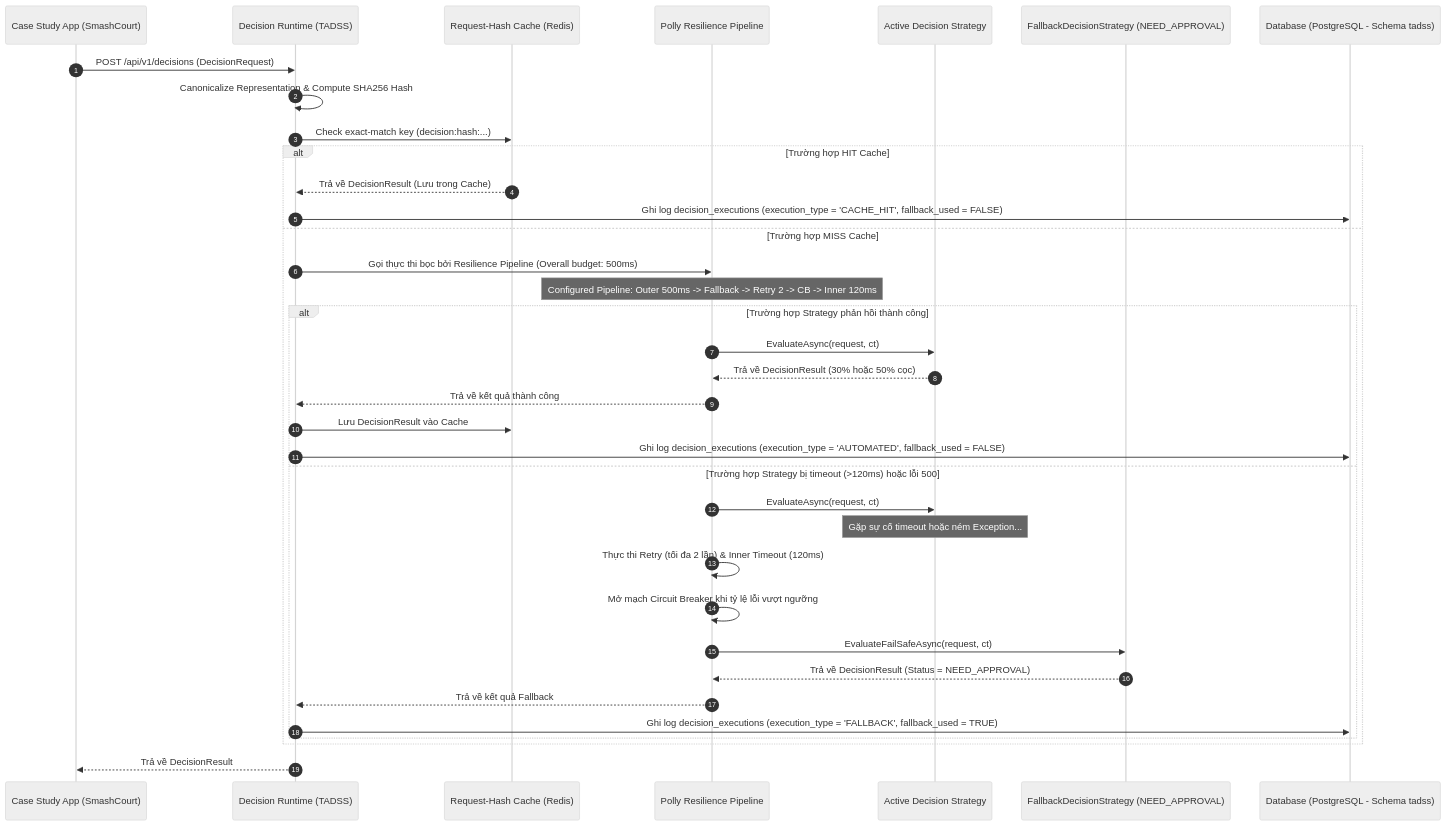
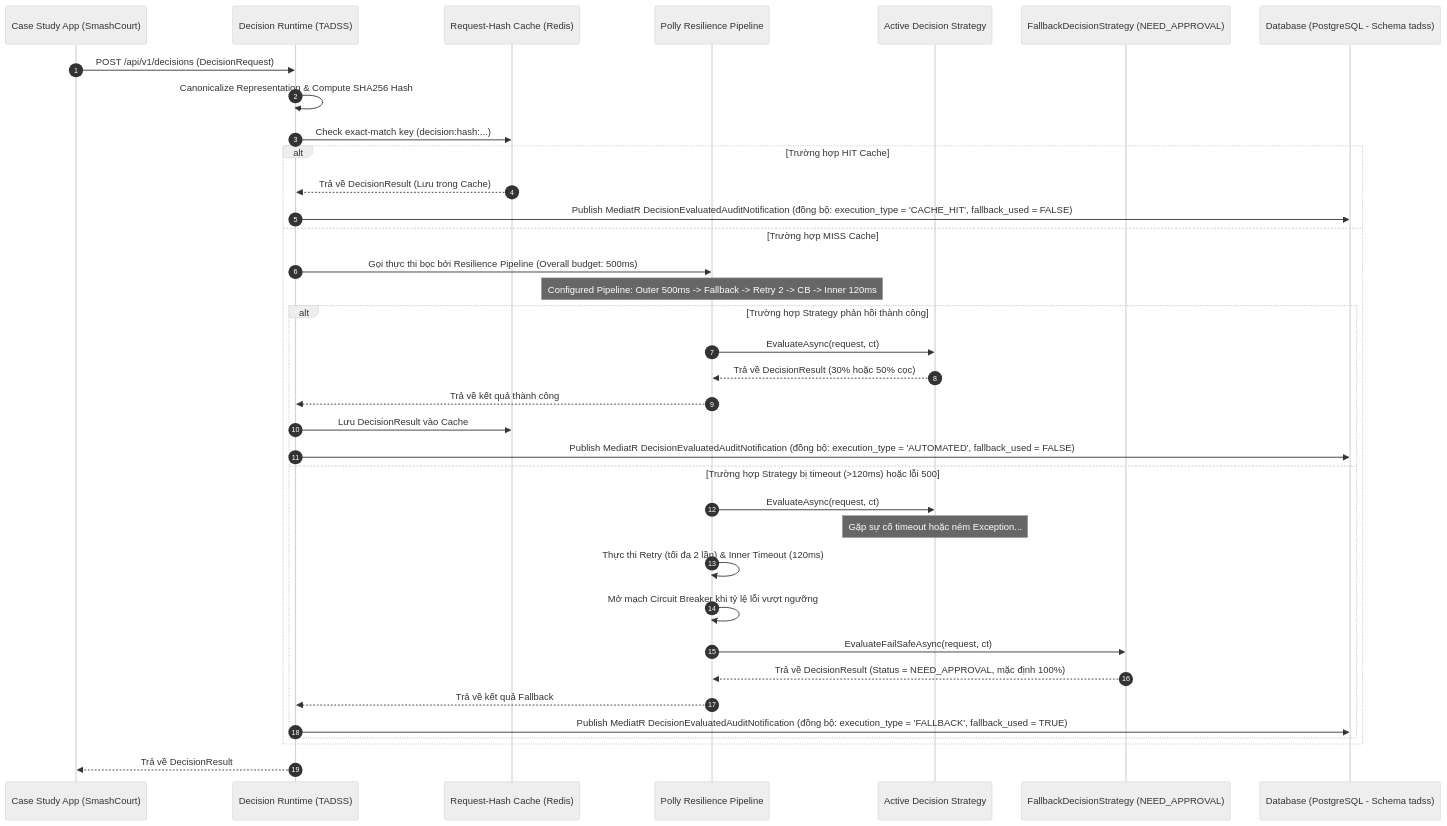
The diagram in docs/architecture/SOFTWARE_ARCHITECTURE_SPECIFICATION.md (NguyenThanhTrung-N2T/TrustworthyAdaptiveDecisionSupportSystem-TADSS), drawn with Mermaid (neutral theme) before and after one commit. The commit also changed other lines of this file and 31 other files, not shown here.

````diff
--- a/docs/architecture/SOFTWARE_ARCHITECTURE_SPECIFICATION.md
+++ b/docs/architecture/SOFTWARE_ARCHITECTURE_SPECIFICATION.md
@@ -236,42 +237,42 @@
 ```mermaid
 sequenceDiagram
     autonumber
     participant App as Case Study App (SmashCourt)
     participant TADSS as Decision Runtime (TADSS)
     participant Cache as Request-Hash Cache (Redis)
     participant PollyPipeline as Polly Resilience Pipeline
     participant TADS as Active Decision Strategy
     participant FallbackStr as FallbackDecisionStrategy (NEED_APPROVAL)
     participant DB as Database (PostgreSQL - Schema tadss)
 
     App->>TADSS: POST /api/v1/decisions (DecisionRequest)
     TADSS->>TADSS: Canonicalize Representation & Compute SHA256 Hash
     TADSS->>Cache: Check exact-match key (decision:hash:...)
     
     alt Trường hợp HIT Cache
         Cache-->>TADSS: Trả về DecisionResult (Lưu trong Cache)
-        TADSS->>DB: Ghi log decision_executions (execution_type = 'CACHE_HIT', fallback_used = FALSE)
+        TADSS->>DB: Publish MediatR DecisionEvaluatedAuditNotification (đồng bộ: execution_type = 'CACHE_HIT', fallback_used = FALSE)
     else Trường hợp MISS Cache
         TADSS->>PollyPipeline: Gọi thực thi bọc bởi Resilience Pipeline (Overall budget: 500ms)
         Note over PollyPipeline: Configured Pipeline: Outer 500ms -> Fallback -> Retry 2 -> CB -> Inner 120ms
         
         alt Trường hợp Strategy phản hồi thành công
             PollyPipeline->>TADS: EvaluateAsync(request, ct)
             TADS-->>PollyPipeline: Trả về DecisionResult (30% hoặc 50% cọc)
             PollyPipeline-->>TADSS: Trả về kết quả thành công
             TADSS->>Cache: Lưu DecisionResult vào Cache
-            TADSS->>DB: Ghi log decision_executions (execution_type = 'AUTOMATED', fallback_used = FALSE)
+            TADSS->>DB: Publish MediatR DecisionEvaluatedAuditNotification (đồng bộ: execution_type = 'AUTOMATED', fallback_used = FALSE)
         else Trường hợp Strategy bị timeout (>120ms) hoặc lỗi 500
             PollyPipeline->>TADS: EvaluateAsync(request, ct)
             Note over TADS: Gặp sự cố timeout hoặc ném Exception...
             PollyPipeline->>PollyPipeline: Thực thi Retry (tối đa 2 lần) & Inner Timeout (120ms)
             PollyPipeline->>PollyPipeline: Mở mạch Circuit Breaker khi tỷ lệ lỗi vượt ngưỡng
             PollyPipeline->>FallbackStr: EvaluateFailSafeAsync(request, ct)
-            FallbackStr-->>PollyPipeline: Trả về DecisionResult (Status = NEED_APPROVAL)
+            FallbackStr-->>PollyPipeline: Trả về DecisionResult (Status = NEED_APPROVAL, mặc định 100%)
             PollyPipeline-->>TADSS: Trả về kết quả Fallback
-            TADSS->>DB: Ghi log decision_executions (execution_type = 'FALLBACK', fallback_used = TRUE)
+            TADSS->>DB: Publish MediatR DecisionEvaluatedAuditNotification (đồng bộ: execution_type = 'FALLBACK', fallback_used = TRUE)
         end
     end
     
     TADSS-->>App: Trả về DecisionResult
 ```
````
